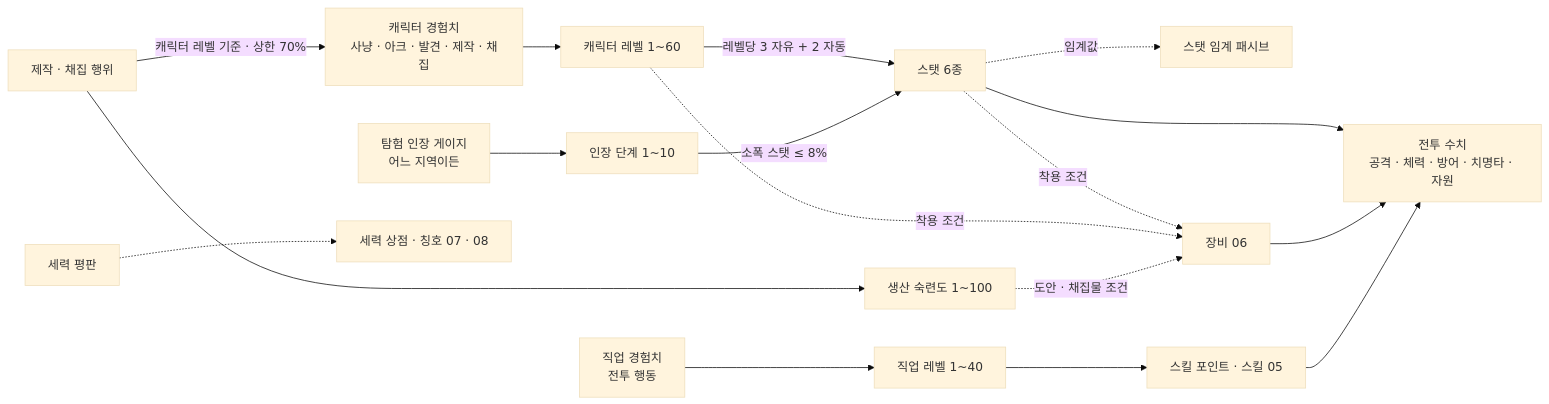
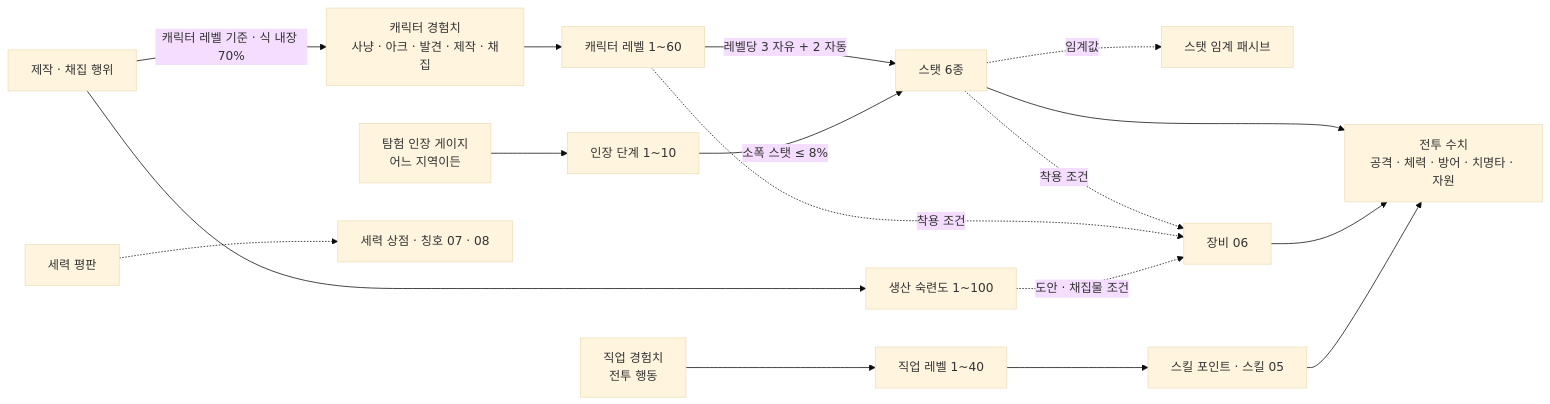
The diagram in design/04_progression.md (Armgimozi/nai-cg-maker), drawn with Mermaid (base theme) before and after one commit. The commit also changed other lines of this file and 7 other files, not shown here.

````diff
--- a/design/04_progression.md
+++ b/design/04_progression.md
@@ -33,19 +33,19 @@
 ```mermaid
 flowchart LR
     XP[캐릭터 경험치<br/>사냥 · 아크 · 발견 · 제작 · 채집] --> LV[캐릭터 레벨 1~60]
     LV -->|레벨당 3 자유 + 2 자동| ST[스탯 6종]
     ST --> CB[전투 수치<br/>공격 · 체력 · 방어 · 치명타 · 자원]
     ST -.->|임계값| TP[스탯 임계 패시브]
     ST -.->|착용 조건| EQ[장비 06]
     LV -.->|착용 조건| EQ
     EQ --> CB
     JX[직업 경험치<br/>전투 행동] --> JL[직업 레벨 1~40]
     JL --> SK[스킬 포인트 · 스킬 05]
     SK --> CB
     CR[제작 · 채집 행위] --> PM[생산 숙련도 1~100]
     PM -.->|도안 · 채집물 조건| EQ
-    CR -->|캐릭터 레벨 기준 · 상한 70%| XP
+    CR -->|캐릭터 레벨 기준 · 식 내장 70%| XP
     SEAL[탐험 인장 게이지<br/>어느 지역이든] --> SS[인장 단계 1~10]
     SS -->|소폭 스탯 ≤ 8%| ST
     REP[세력 평판] -.-> SHOP[세력 상점 · 칭호 07 · 08]
 ```
````
